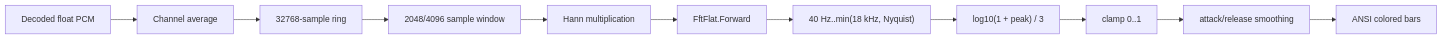
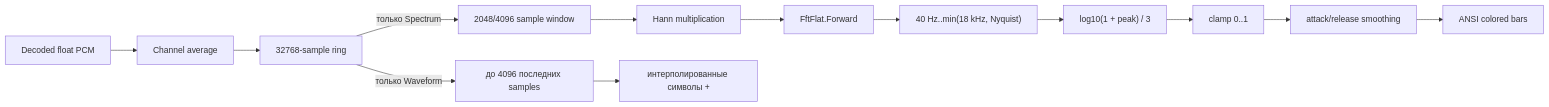
The third of 3 diagrams in docs/ARCHITECTURE.ru.md (Geckon01/YACPlayer), drawn with Mermaid before and after one commit. The commit also changed other lines of this file and 7 other files, not shown here.

````diff
--- a/docs/ARCHITECTURE.ru.md
+++ b/docs/ARCHITECTURE.ru.md
@@ -296,13 +295,15 @@
 ```mermaid
 flowchart LR
     PCM["Decoded float PCM"] --> Mono["Channel average"]
     Mono --> Ring["32768-sample ring"]
-    Ring --> Window["2048/4096 sample window"]
+    Ring -->|"только Spectrum"| Window["2048/4096 sample window"]
     Window --> Hann["Hann multiplication"]
     Hann --> FFT["FftFlat.Forward"]
     FFT --> Bands["40 Hz..min(18 kHz, Nyquist)"]
     Bands --> Log["log10(1 + peak) / 3"]
     Log --> Clamp["clamp 0..1"]
     Clamp --> Smooth["attack/release smoothing"]
     Smooth --> Bars["ANSI colored bars"]
+    Ring -->|"только Waveform"| Latest["до 4096 последних samples"]
+    Latest --> Plus["интерполированные символы +"]
 ```
````
